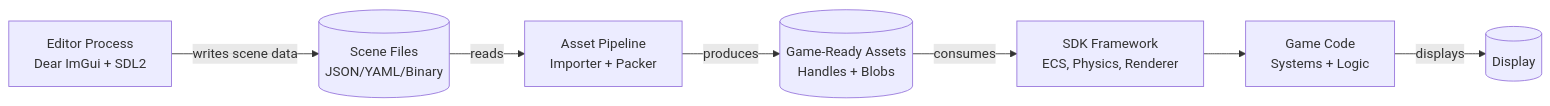
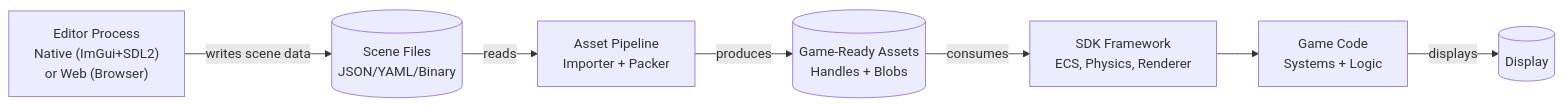
Before and after one commit to Schulich-Press-Start/console: the third of 4 diagrams in ARCHITECTURE_PROPOSAL.md, drawn with Mermaid. The commit also changed other lines of this file, not shown here.

Commit message:
Clarify browser support means web-based editor, not game ports; add editor deployment models

````diff
--- a/ARCHITECTURE_PROPOSAL.md
+++ b/ARCHITECTURE_PROPOSAL.md
@@ -147,9 +149,9 @@
 ```mermaid
 flowchart LR
-    Editor[Editor Process<br>Dear ImGui + SDL2] -->|writes scene data| SceneFiles[(Scene Files<br>JSON/YAML/Binary)]
+    Editor["Editor Process<br>Native (ImGui+SDL2)<br>or Web (Browser)"] -->|writes scene data| SceneFiles[(Scene Files<br>JSON/YAML/Binary)]
     SceneFiles -->|reads| AssetPipeline[Asset Pipeline<br>Importer + Packer]
     AssetPipeline -->|produces| GameData[(Game-Ready Assets<br>Handles + Blobs)]
     GameData -->|consumes| SDK[SDK Framework<br>ECS, Physics, Renderer]
     SDK --> Game[Game Code<br>Systems + Logic]
     Game -->|displays| Display[(Display)]
 ```
````
